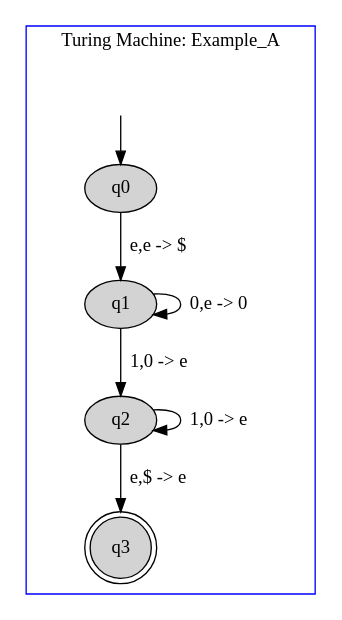
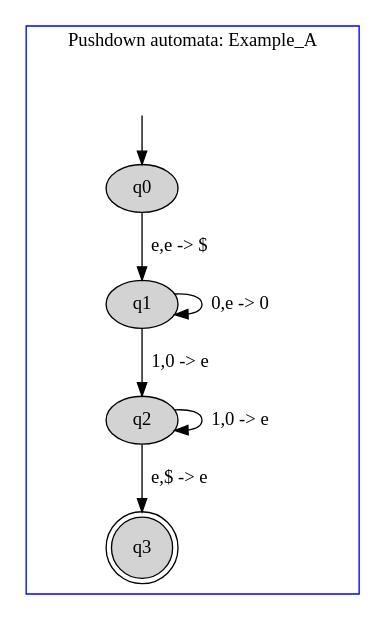
Before and after one commit to danielScLima/pushdown_automata: the diagram in PA/images/file.dot, drawn with Graphviz. The commit also changed 4 other files, not shown here.

```diff
--- a/PA/images/file.dot
+++ b/PA/images/file.dot
@@ -1,18 +1,18 @@
 digraph G {
 	subgraph cluster_1 {
 		node [style=filled];
-		label = "Turing Machine: Example_A"
+		label = "Pushdown automata: Example_A"
 		color=blue;
 
 		q0;
 		q1;
 		q2;
 		q3 [shape="doublecircle"];
 		q0->q1[label="e,e -> $"];
 		q1->q1[label="0,e -> 0"];
 		q1->q2[label="1,0 -> e"];
 		q2->q2[label="1,0 -> e"];
 		q2->q3[label="e,$ -> e"];
 x [color=white, label=""];		x->q0	}
 
 }
```
